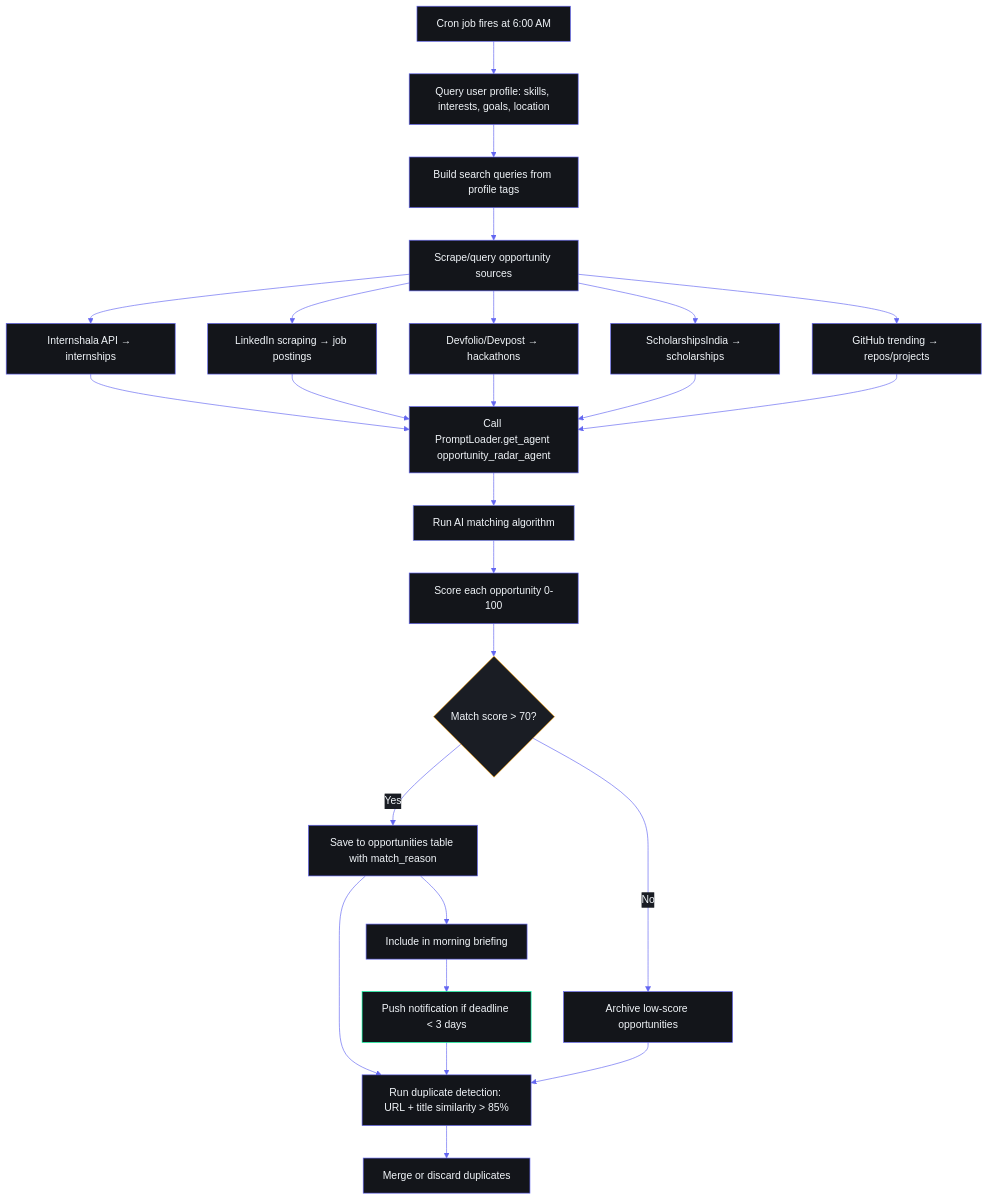
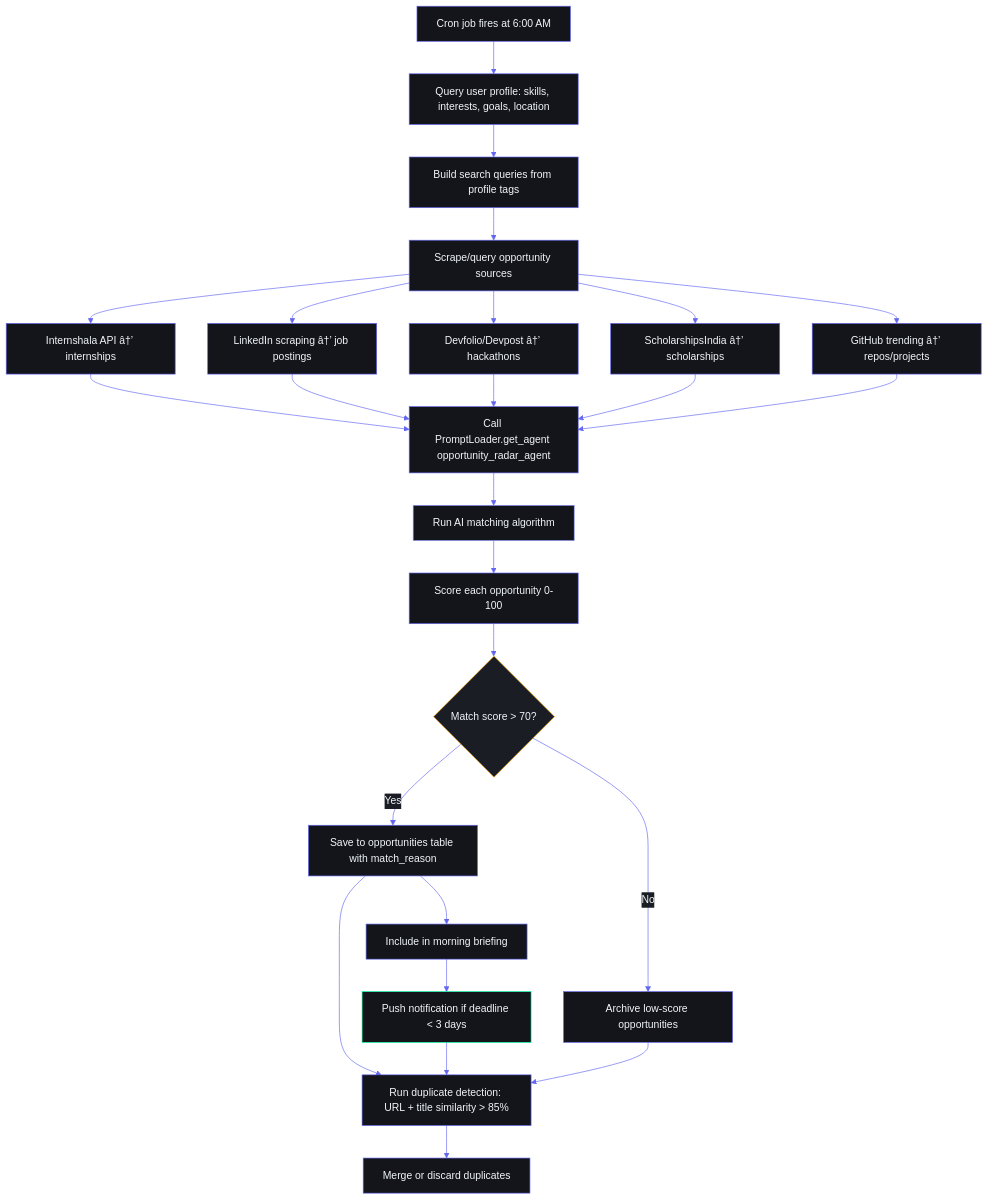
Before and after one commit to rohitkumarnaidu/ARIA-OS---SecondBrain-: diagram 16 of 27 in docs/product/UserFlows.md, drawn with Mermaid. The commit also changed other lines of this file and 9 other files, not shown here.

````diff
--- a/docs/product/UserFlows.md
+++ b/docs/product/UserFlows.md
@@ -695,32 +695,32 @@
 ```mermaid
 %%{init: {'theme': 'base', 'themeVariables': {'background': '#0A0B0F', 'primaryColor': '#13151A', 'primaryBorderColor': '#6366F1', 'primaryTextColor': '#F1F5F9', 'lineColor': '#6366F1', 'secondaryColor': '#1A1D24', 'tertiaryColor': '#0A0B0F', 'fontFamily': 'DM Sans'}}}%%
 flowchart TD
     C6[Cron job fires at 6:00 AM] --> PROFILE[Query user profile: skills, interests, goals, location]
     PROFILE --> BUILDQ[Build search queries from profile tags]
     BUILDQ --> SCRAPE[Scrape/query opportunity sources]
-    SCRAPE --> IS[Internshala API → internships]
-    SCRAPE --> LI[LinkedIn scraping → job postings]
-    SCRAPE --> DEV[Devfolio/Devpost → hackathons]
-    SCRAPE --> SI2[ScholarshipsIndia → scholarships]
-    SCRAPE --> GH[GitHub trending → repos/projects]
+    SCRAPE --> IS[Internshala API â†’ internships]
+    SCRAPE --> LI[LinkedIn scraping â†’ job postings]
+    SCRAPE --> DEV[Devfolio/Devpost â†’ hackathons]
+    SCRAPE --> SI2[ScholarshipsIndia â†’ scholarships]
+    SCRAPE --> GH[GitHub trending â†’ repos/projects]
     IS --> LOADOPP[Call PromptLoader.get_agent opportunity_radar_agent]
     LI --> LOADOPP
     DEV --> LOADOPP
     SI2 --> LOADOPP
     GH --> LOADOPP
     LOADOPP --> MATCH[Run AI matching algorithm]
     MATCH --> SCORE[Score each opportunity 0-100]
     SCORE --> THRESH{Match score &gt; 70?}
     THRESH -->|Yes| SAVEOPP[Save to opportunities table with match_reason]
     SAVEOPP --> BRIEF2[Include in morning briefing]
     BRIEF2 --> PUSHNOTIF[Push notification if deadline &lt; 3 days]
     THRESH -->|No| ARCHIVE[Archive low-score opportunities]
     SAVEOPP --> DUPE[Run duplicate detection: URL + title similarity &gt; 85%]
     PUSHNOTIF --> DUPE
     ARCHIVE --> DUPE
     DUPE --> MERGE[Merge or discard duplicates]
     
     style THRESH fill:#1A1D24,stroke:#F59E0B,color:#F1F5F9
     style MATCH fill:#13151A,stroke:#818CF8,color:#F1F5F9
     style PUSHNOTIF fill:#13151A,stroke:#00FFA3,color:#F1F5F9
 ```
````
